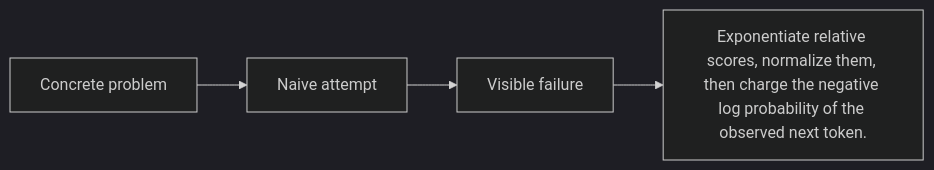
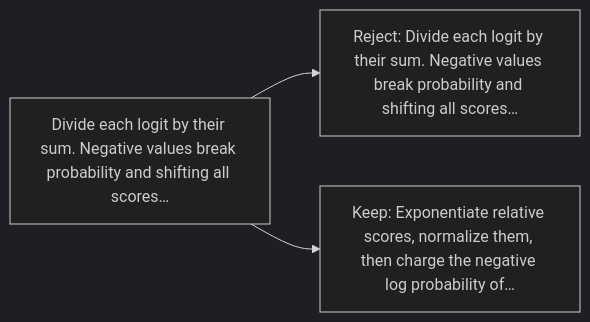
The diagram in excavations/042-vocabulary-probabilities/diagram.md (kleem-labs/AI-Archaeology), drawn with Mermaid (dark theme) before and after one commit. The commit also changed other lines of this file and 288 other files, not shown here.

````diff
--- a/excavations/042-vocabulary-probabilities/diagram.md
+++ b/excavations/042-vocabulary-probabilities/diagram.md
@@ -3,4 +5,5 @@
-~~~mermaid
+```mermaid
 flowchart LR
- A[Concrete problem] --> B[Naive attempt] --> C[Visible failure] --> D["Exponentiate relative scores, normalize them, then charge the negative log probability of the observed next token."]
-~~~
+    B["Divide each logit by their sum. Negative values break probability and shifting all scores…"] --> A["Reject: Divide each logit by their sum. Negative values break probability and shifting all scores…"]
+    B --> C["Keep: Exponentiate relative scores, normalize them, then charge the negative log probability of…"]
+```
````
